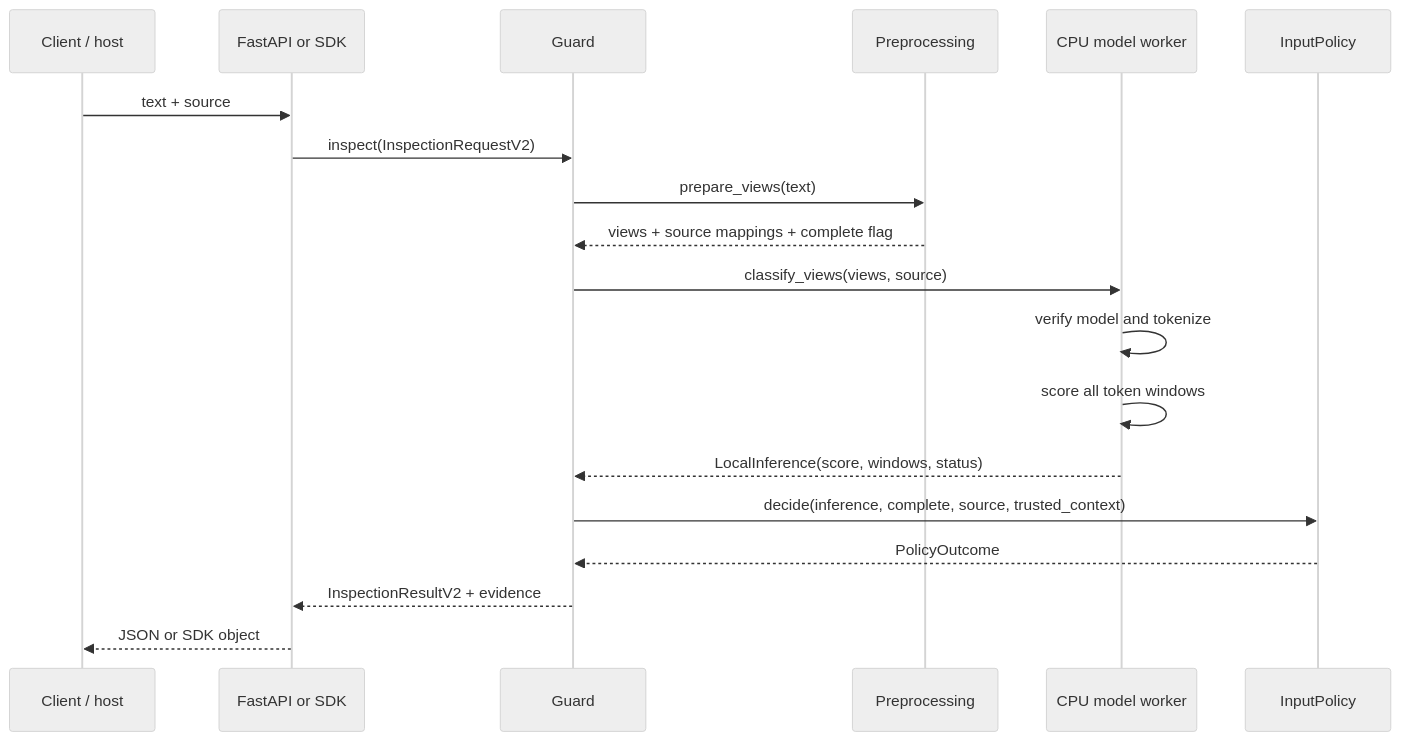
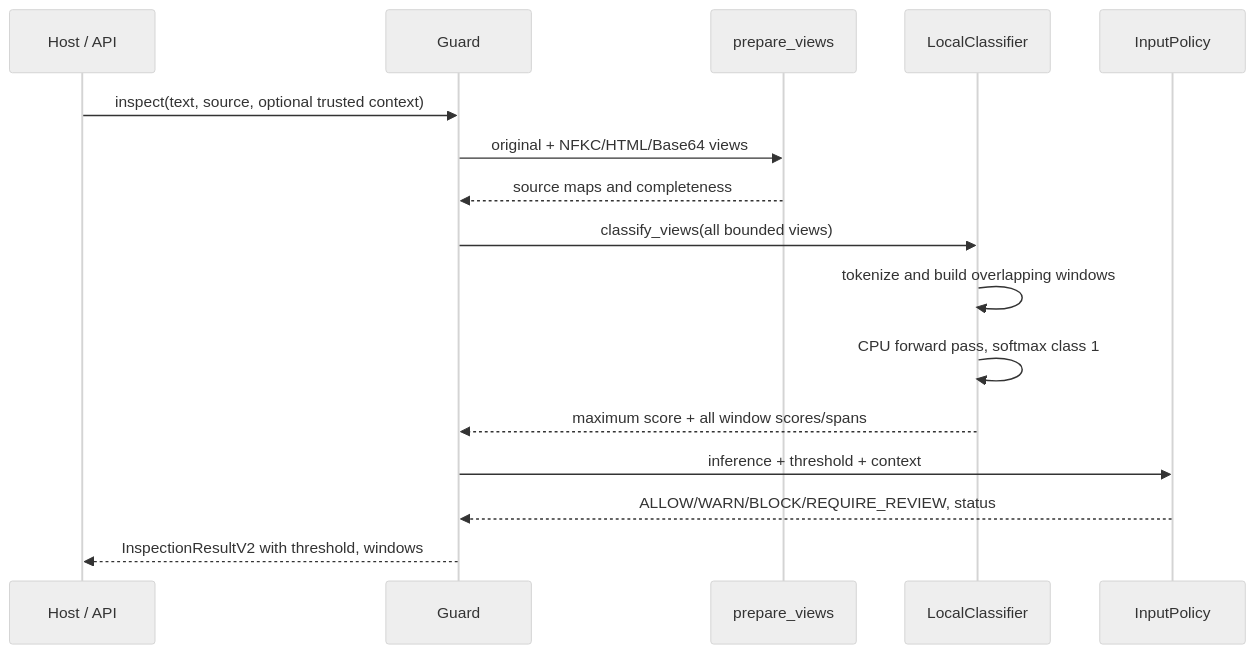
One commit to namelessweakl1ng/kjnlae changed the third of 10 diagrams in CODEBASE.md. Above: the diagram before and after it, drawn with Mermaid (neutral theme). The commit also changed other lines of this file, not shown here.

Commit message:
docs: preserve detailed codebase deep dive, rebase architecture on 0.3 SDK and UI

````diff
--- a/CODEBASE.md
+++ b/CODEBASE.md
@@ -2676,21 +1696,18 @@
 ```mermaid
 sequenceDiagram
-    participant U as Client / host
-    participant A as FastAPI or SDK
-    participant G as Guard
-    participant P as Preprocessing
-    participant W as CPU model worker
-    participant I as InputPolicy
-    U->>A: text + source
-    A->>G: inspect(InspectionRequestV2)
-    G->>P: prepare_views(text)
-    P-->>G: views + source mappings + complete flag
-    G->>W: classify_views(views, source)
-    W->>W: verify model and tokenize
-    W->>W: score all token windows
-    W-->>G: LocalInference(score, windows, status)
-    G->>I: decide(inference, complete, source, trusted_context)
-    I-->>G: PolicyOutcome
-    G-->>A: InspectionResultV2 + evidence
-    A-->>U: JSON or SDK object
+  participant User as Host / API
+  participant Guard
+  participant Prep as prepare_views
+  participant Worker as LocalClassifier
+  participant Policy as InputPolicy
+  User->>Guard: inspect(text, source, optional trusted context)
+  Guard->>Prep: original + NFKC/HTML/Base64 views
+  Prep-->>Guard: source maps and completeness
+  Guard->>Worker: classify_views(all bounded views)
+  Worker->>Worker: tokenize and build overlapping windows
+  Worker->>Worker: CPU forward pass, softmax class 1
+  Worker-->>Guard: maximum score + all window scores/spans
+  Guard->>Policy: inference + threshold + context
+  Policy-->>Guard: ALLOW/WARN/BLOCK/REQUIRE_REVIEW, status
+  Guard-->>User: InspectionResultV2 with threshold, windows
 ```
````
